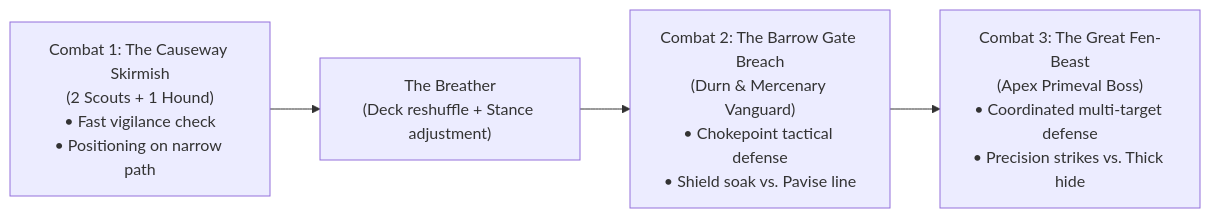
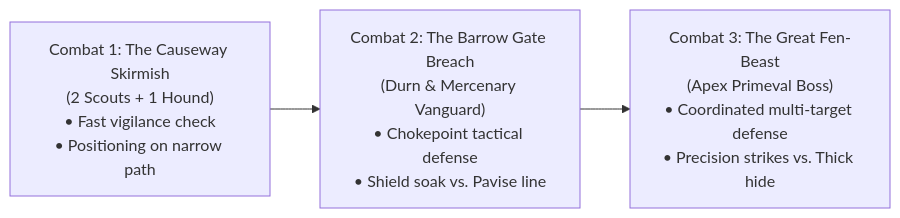
One commit to tdimiduk/cardpg changed the second of 2 diagrams in design/iteration/campaign-weeping-fen/challenges-and-encounters.md. Above: the diagram before and after it, drawn with Mermaid. The commit also changed other lines of this file and 14 other files, not shown here.

````diff
--- a/design/iteration/campaign-weeping-fen/challenges-and-encounters.md
+++ b/design/iteration/campaign-weeping-fen/challenges-and-encounters.md
@@ -81,6 +81,5 @@
 ```mermaid
 flowchart LR
-    C1["Combat 1: The Causeway Skirmish<br/>(2 Scouts + 1 Hound)<br/>• Fast vigilance check<br/>• Positioning on narrow path"] --> REST1["The Breather<br/>(Deck reshuffle + Stance adjustment)"]
-    REST1 --> C2["Combat 2: The Barrow Gate Breach<br/>(Durn & Mercenary Vanguard)<br/>• Chokepoint tactical defense<br/>• Shield soak vs. Pavise line"]
+    C1["Combat 1: The Causeway Skirmish<br/>(2 Scouts + 1 Hound)<br/>• Fast vigilance check<br/>• Positioning on narrow path"] --> C2["Combat 2: The Barrow Gate Breach<br/>(Durn & Mercenary Vanguard)<br/>• Chokepoint tactical defense<br/>• Shield soak vs. Pavise line"]
     C2 --> C3["Combat 3: The Great Fen-Beast<br/>(Apex Primeval Boss)<br/>• Coordinated multi-target defense<br/>• Precision strikes vs. Thick hide"]
 ```
````
